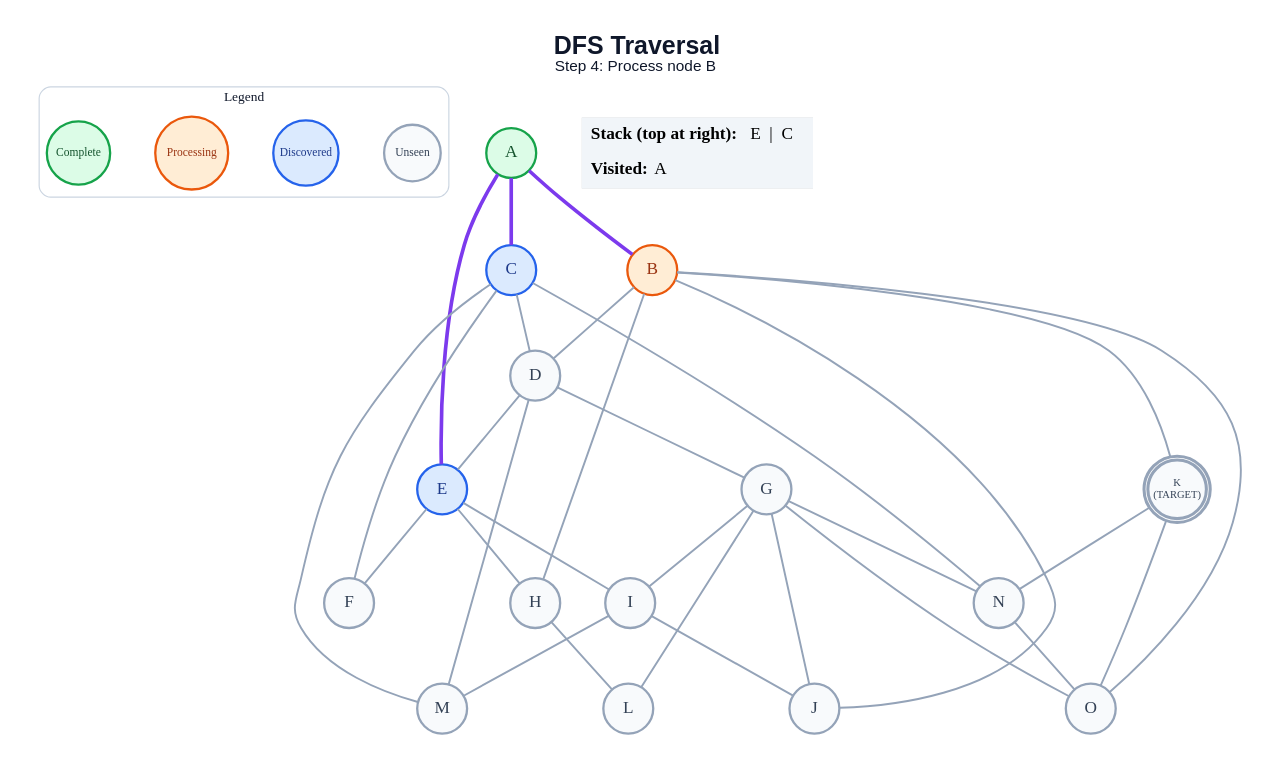
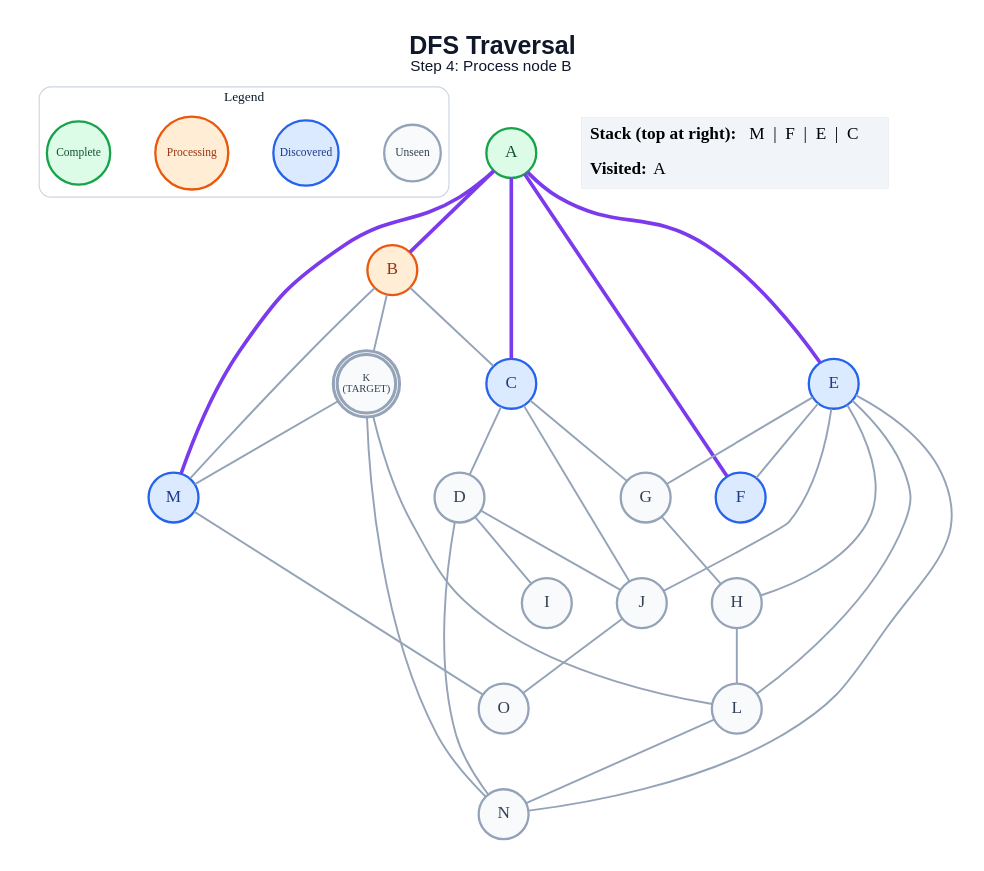
The diagram in generated/short-circuit/dfs/step_04.dot (anon7238593-create/ai-slop), drawn with Graphviz before and after one commit. The commit also changed 209 other files, not shown here.

```diff
--- a/generated/short-circuit/dfs/step_04.dot
+++ b/generated/short-circuit/dfs/step_04.dot
@@ -1,63 +1,62 @@
 graph traversal {
   graph [layout=dot, rankdir=TB, bgcolor="#FFFFFF", pad="0.35", nodesep="0.65", ranksep="0.8", fontname="Arial"];
   node [shape=circle, style="filled", fontname="Arial Bold", fontsize=18, width=0.72, fixedsize=true, penwidth=2.4];
   edge [color="#94A3B8", penwidth=2.0];
   label=<<B>DFS Traversal</B><BR/><FONT POINT-SIZE="16">Step 4: Process node B</FONT>>; labelloc="t"; fontsize=26; fontname="Arial"; fontcolor="#0F172A";
   subgraph cluster_legend { label="Legend"; color="#CBD5E1"; penwidth=1.2; style="rounded"; fontsize=14; fontname="Arial Bold";
     key_unseen [label="Unseen", fillcolor="#F8FAFC", color="#94A3B8", fontcolor="#334155", fontsize=12, width=0.82];
     key_frontier [label="Discovered", fillcolor="#DBEAFE", color="#2563EB", fontcolor="#1E3A8A", fontsize=12, width=0.95];
     key_current [label="Processing", fillcolor="#FFEDD5", color="#EA580C", fontcolor="#9A3412", fontsize=12, width=1.05];
     key_done [label="Complete", fillcolor="#DCFCE7", color="#16A34A", fontcolor="#14532D", fontsize=12, width=0.92];
     { rank=same; key_unseen; key_frontier; key_current; key_done; }
   }
   A [label="A", fillcolor="#DCFCE7", color="#16A34A", fontcolor="#14532D", peripheries=1, penwidth=2.4];
   B [label="B", fillcolor="#FFEDD5", color="#EA580C", fontcolor="#9A3412", peripheries=1, penwidth=2.4];
   C [label="C", fillcolor="#DBEAFE", color="#2563EB", fontcolor="#1E3A8A", peripheries=1, penwidth=2.4];
   D [label="D", fillcolor="#F8FAFC", color="#94A3B8", fontcolor="#334155", peripheries=1, penwidth=2.4];
   E [label="E", fillcolor="#DBEAFE", color="#2563EB", fontcolor="#1E3A8A", peripheries=1, penwidth=2.4];
-  F [label="F", fillcolor="#F8FAFC", color="#94A3B8", fontcolor="#334155", peripheries=1, penwidth=2.4];
+  F [label="F", fillcolor="#DBEAFE", color="#2563EB", fontcolor="#1E3A8A", peripheries=1, penwidth=2.4];
   G [label="G", fillcolor="#F8FAFC", color="#94A3B8", fontcolor="#334155", peripheries=1, penwidth=2.4];
   H [label="H", fillcolor="#F8FAFC", color="#94A3B8", fontcolor="#334155", peripheries=1, penwidth=2.4];
   I [label="I", fillcolor="#F8FAFC", color="#94A3B8", fontcolor="#334155", peripheries=1, penwidth=2.4];
   J [label="J", fillcolor="#F8FAFC", color="#94A3B8", fontcolor="#334155", peripheries=1, penwidth=2.4];
   K [label="K\n(TARGET)", fillcolor="#F8FAFC", color="#94A3B8", fontcolor="#334155", peripheries=2, penwidth=3.2, fontsize=11, width=0.85, height=0.85];
   L [label="L", fillcolor="#F8FAFC", color="#94A3B8", fontcolor="#334155", peripheries=1, penwidth=2.4];
-  M [label="M", fillcolor="#F8FAFC", color="#94A3B8", fontcolor="#334155", peripheries=1, penwidth=2.4];
+  M [label="M", fillcolor="#DBEAFE", color="#2563EB", fontcolor="#1E3A8A", peripheries=1, penwidth=2.4];
   N [label="N", fillcolor="#F8FAFC", color="#94A3B8", fontcolor="#334155", peripheries=1, penwidth=2.4];
   O [label="O", fillcolor="#F8FAFC", color="#94A3B8", fontcolor="#334155", peripheries=1, penwidth=2.4];
   A -- B [color="#7C3AED", penwidth=3.8];
   A -- C [color="#7C3AED", penwidth=3.8];
   A -- E [color="#7C3AED", penwidth=3.8];
-  B -- D;
-  B -- H;
-  B -- J;
+  A -- F [color="#7C3AED", penwidth=3.8];
+  A -- M [color="#7C3AED", penwidth=3.8];
+  B -- C;
   B -- K;
-  B -- O;
+  B -- M;
   C -- D;
-  C -- F;
-  C -- M;
-  C -- N;
-  D -- E;
-  D -- G;
-  D -- M;
+  C -- G;
+  C -- J;
+  D -- I;
+  D -- J;
+  D -- N;
   E -- F;
+  E -- G;
   E -- H;
-  E -- I;
-  G -- I;
-  G -- J;
-  G -- L;
-  G -- N;
-  G -- O;
+  E -- J;
+  E -- L;
+  E -- N;
+  G -- H;
   H -- L;
-  I -- J;
-  I -- M;
+  J -- O;
+  K -- L;
+  K -- M;
   K -- N;
-  K -- O;
-  N -- O;
+  L -- N;
+  M -- O;
   status [shape=plain, fixedsize=false, width=0, height=0, margin=0, label=<
     <TABLE BORDER="0" CELLBORDER="0" CELLPADDING="7" BGCOLOR="#F1F5F9">
-      <TR><TD ALIGN="LEFT"><B>Stack (top at right):</B> E  |  C</TD></TR>
+      <TR><TD ALIGN="LEFT"><B>Stack (top at right):</B> M  |  F  |  E  |  C</TD></TR>
       <TR><TD ALIGN="LEFT"><B>Visited:</B> A</TD></TR>
     </TABLE>
   >];
 }
```
